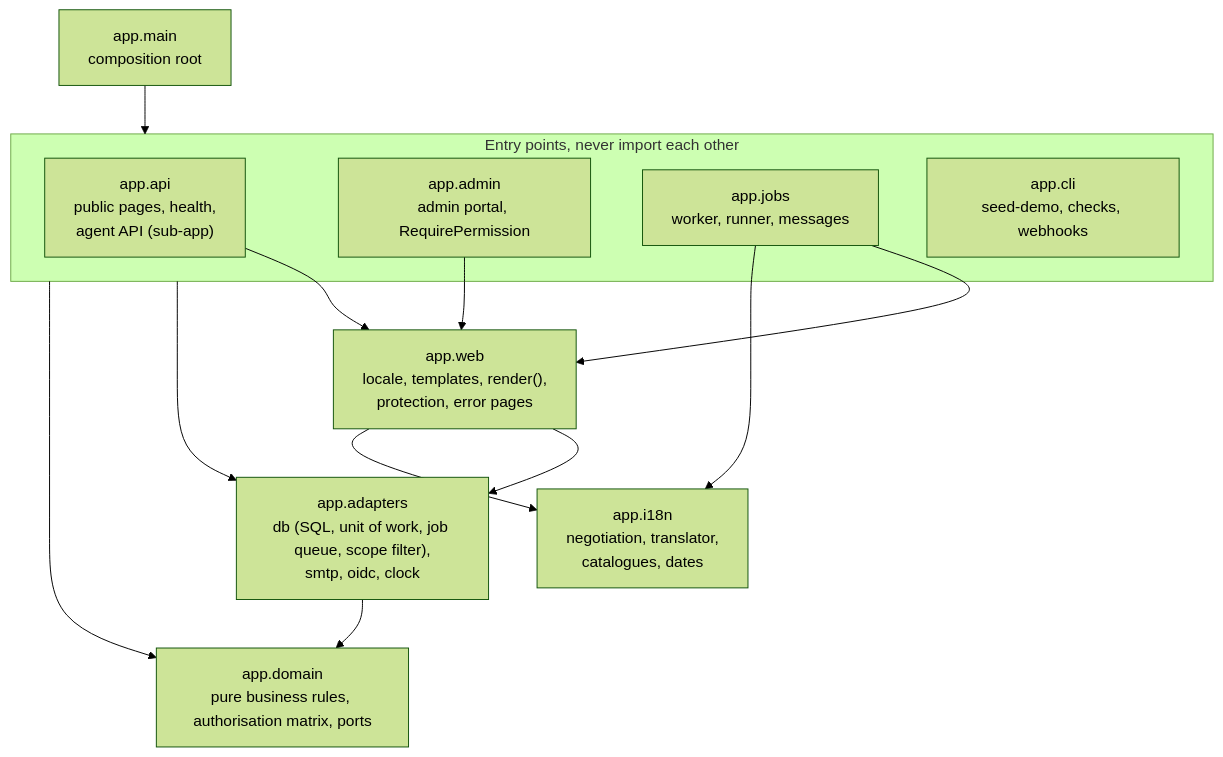
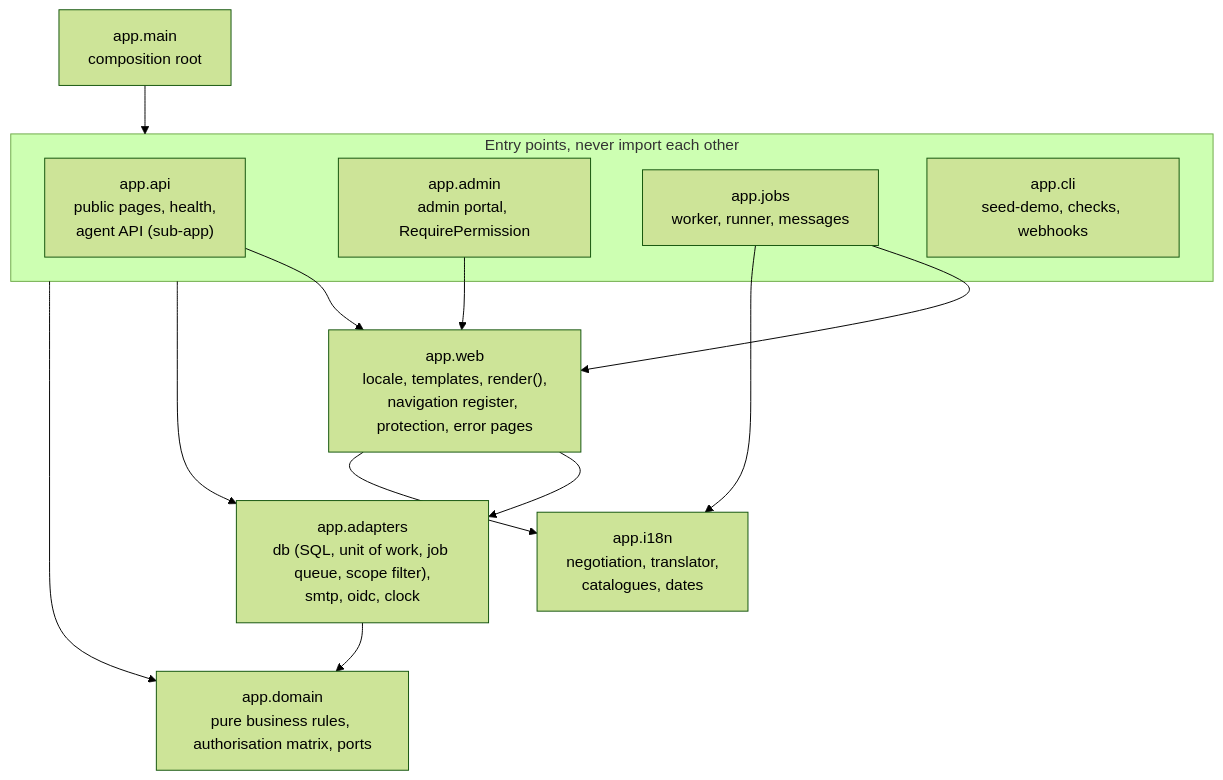
The third of 13 diagrams in docs/architecture.md (3Corners-Labs/OpenPlanner), drawn with Mermaid (forest theme) before and after one commit. The commit also changed other lines of this file and 15 other files, not shown here.

First line of the commit message:
feat(admin): navigation register, grouped side navigation and theme choice (ADR 0047 step 2)

````diff
--- a/docs/architecture.md
+++ b/docs/architecture.md
@@ -140,28 +140,28 @@
 ```mermaid
 flowchart TB
     main["app.main<br/>composition root"]
 
     subgraph entry [Entry points, never import each other]
         api["app.api<br/>public pages, health,<br/>agent API (sub-app)"]
         adminpkg["app.admin<br/>admin portal, RequirePermission"]
         jobs["app.jobs<br/>worker, runner, messages"]
         cli["app.cli<br/>seed-demo, checks, webhooks"]
     end
 
-    web["app.web<br/>locale, templates, render(),<br/>protection, error pages"]
+    web["app.web<br/>locale, templates, render(),<br/>navigation register, protection, error pages"]
     adapters["app.adapters<br/>db (SQL, unit of work, job queue, scope filter),<br/>smtp, oidc, clock"]
     domain["app.domain<br/>pure business rules, authorisation matrix, ports"]
     i18n["app.i18n<br/>negotiation, translator,<br/>catalogues, dates"]
 
     main --> entry
     api --> web
     adminpkg --> web
     jobs --> web
     entry --> adapters
     web --> adapters
     adapters --> domain
     entry --> domain
     web --> i18n
     jobs --> i18n
 
 ```
````
